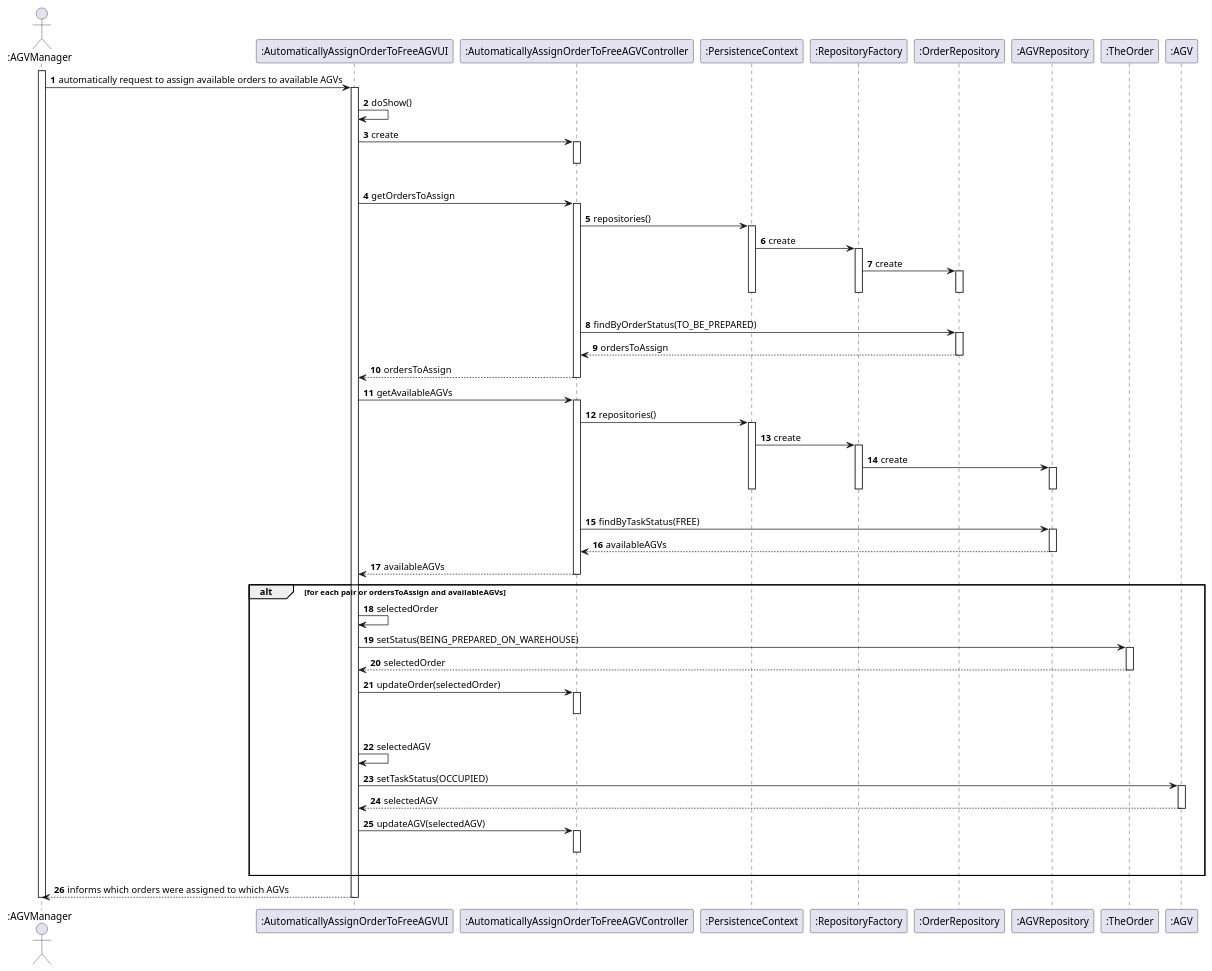
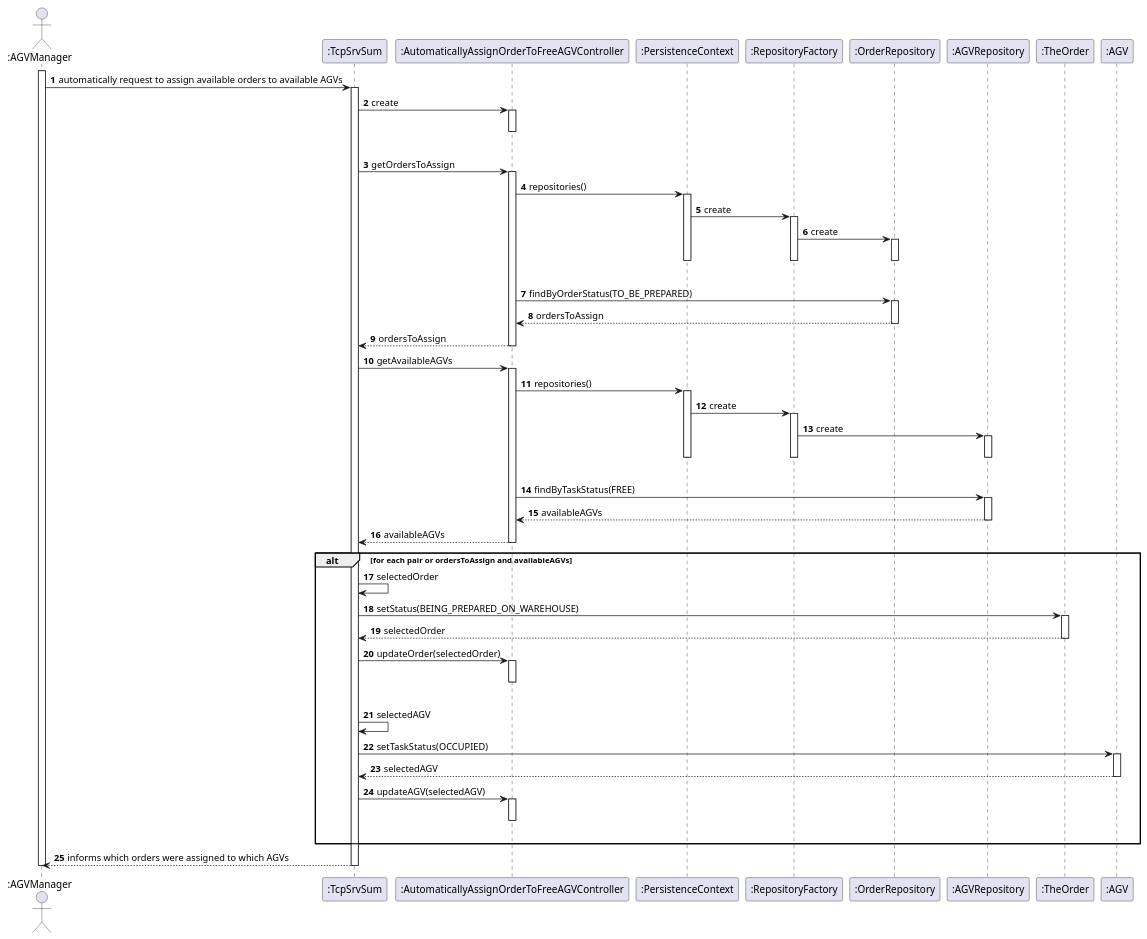
Before and after one commit to ana-albergaria/LAPR4-ISEP: the diagram in docs/1201592/US4002/US_4002_SD.puml, drawn with PlantUML. The commit also changed 9 other files, not shown here.

```diff
--- a/docs/1201592/US4002/US_4002_SD.puml
+++ b/docs/1201592/US4002/US_4002_SD.puml
@@ -1,88 +1,87 @@
 @startuml
 'https://plantuml.com/sequence-diagram
 
 autonumber
 
 Actor ":AGVManager" as AGVM
-participant ":AutomaticallyAssignOrderToFreeAGVUI" as UI
+participant ":TcpSrvSum" as UI
 participant ":AutomaticallyAssignOrderToFreeAGVController" as CTRL
 participant ":PersistenceContext" as Persistance
 participant ":RepositoryFactory" as Factory
 participant ":OrderRepository" as OrderRep
 participant ":AGVRepository" as AGVRep
 participant ":TheOrder" as ORDER
 participant ":AGV" as AGV
 
 activate AGVM
 AGVM -> UI : automatically request to assign available orders to available AGVs
 activate UI
-UI -> UI : doShow()
 UI -> CTRL : create
 activate CTRL
 |||
 deactivate CTRL
 UI -> CTRL : getOrdersToAssign
 activate CTRL
 CTRL -> Persistance : repositories()
 activate Persistance
 Persistance -> Factory : create
 activate Factory
 Factory -> OrderRep : create
 activate OrderRep
 |||
 deactivate OrderRep
 deactivate Factory
 deactivate Persistance
 CTRL -> OrderRep : findByOrderStatus(TO_BE_PREPARED)
 activate OrderRep
 OrderRep --> CTRL : ordersToAssign
 deactivate OrderRep
 CTRL --> UI : ordersToAssign
 deactivate CTRL
 UI -> CTRL : getAvailableAGVs
 activate CTRL
 CTRL -> Persistance : repositories()
 activate Persistance
 Persistance -> Factory : create
 activate Factory
 Factory -> AGVRep : create
 activate AGVRep
 |||
 deactivate AGVRep
 deactivate Factory
 deactivate Persistance
 CTRL -> AGVRep : findByTaskStatus(FREE)
 activate AGVRep
 AGVRep --> CTRL : availableAGVs
 deactivate AGVRep
 CTRL --> UI : availableAGVs
 deactivate CTRL
 
 alt for each pair or ordersToAssign and availableAGVs
 UI -> UI : selectedOrder
 UI -> ORDER : setStatus(BEING_PREPARED_ON_WAREHOUSE)
 activate ORDER
 ORDER --> UI : selectedOrder
 deactivate ORDER
 UI -> CTRL : updateOrder(selectedOrder)
 activate CTRL
 |||
 deactivate CTRL
 UI -> UI : selectedAGV
 UI -> AGV : setTaskStatus(OCCUPIED)
 activate AGV
 AGV --> UI : selectedAGV
 deactivate AGV
 UI -> CTRL : updateAGV(selectedAGV)
 activate CTRL
 |||
 deactivate CTRL
 
 end
 
 
 UI --> AGVM : informs which orders were assigned to which AGVs
 deactivate UI
 deactivate AGVM
 
 @enduml
```
